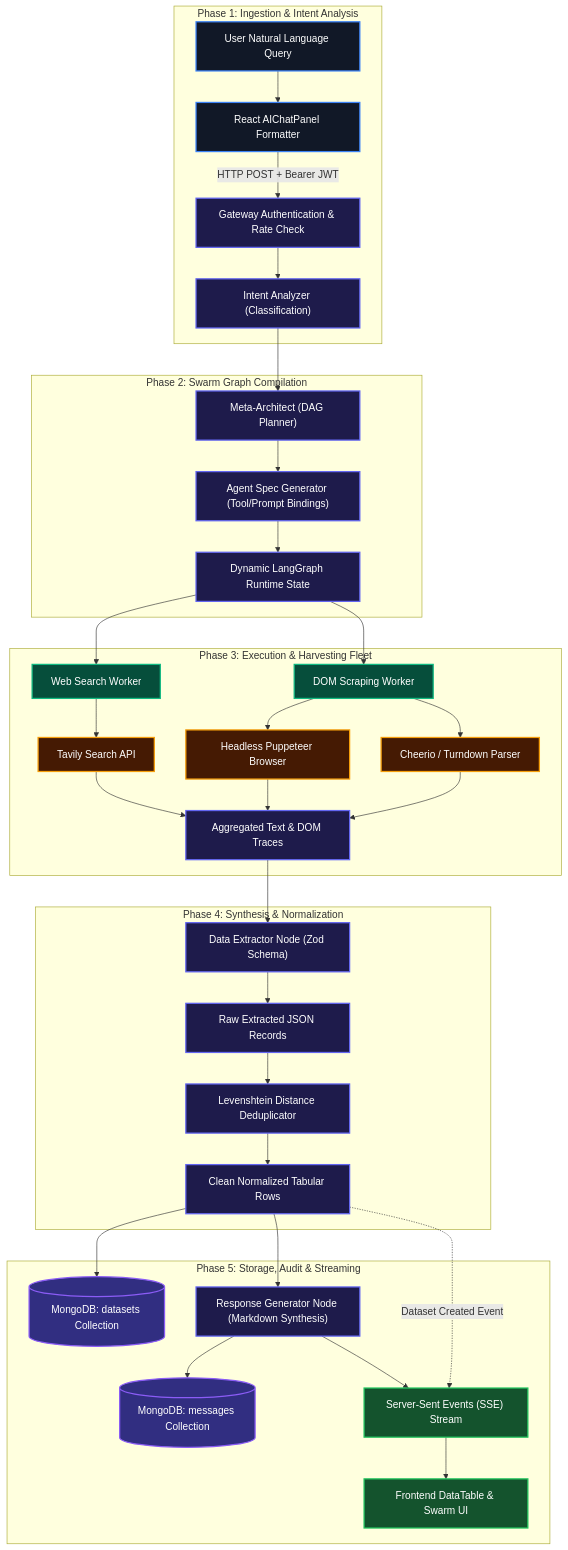
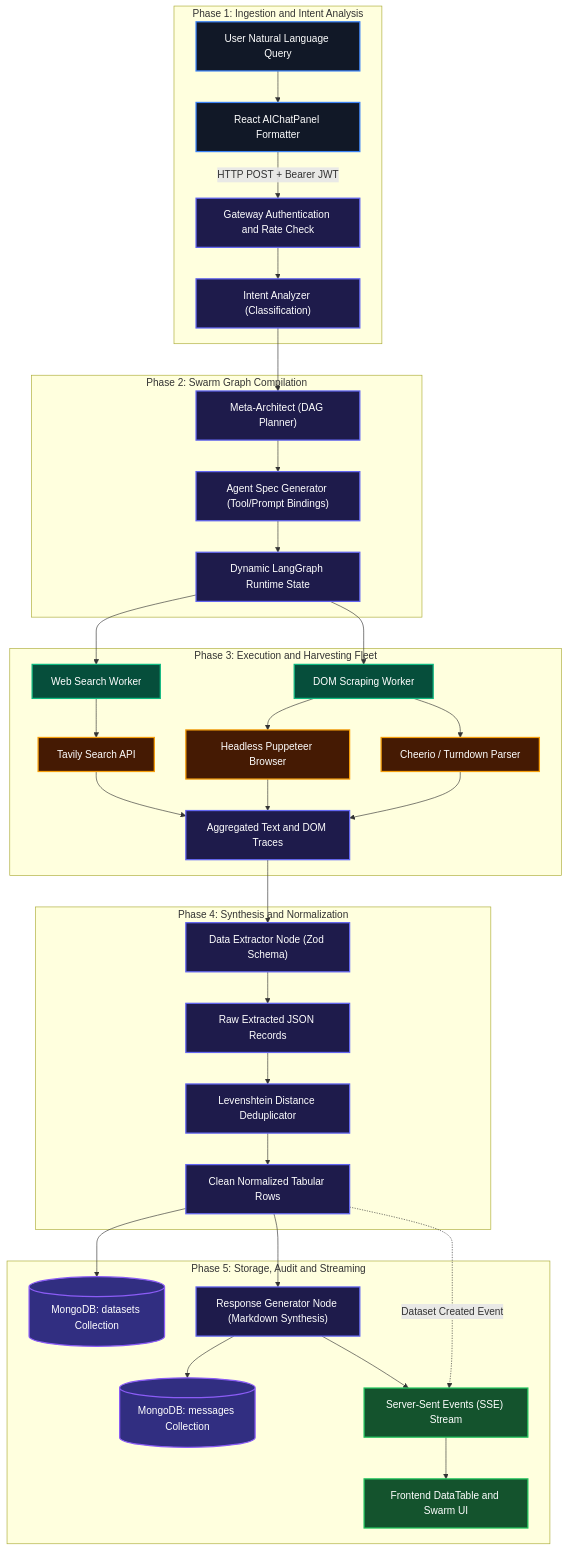
Before and after one commit to code-with-abhi-i5/Agentic_system_frontend: the third of 6 diagrams in SYSTEM_ARCHITECTURE.md, drawn with Mermaid. The commit also changed other lines of this file and 2 other files, not shown here.

Commit message:
fix(docs): resolve Mermaid syntax parse errors for GitHub markdown rendering

````diff
--- a/SYSTEM_ARCHITECTURE.md
+++ b/SYSTEM_ARCHITECTURE.md
@@ -365,77 +365,77 @@
 ```mermaid
 flowchart TD
     %% Styling
     classDef input fill:#111827,stroke:#3b82f6,stroke-width:2px,color:#fff;
     classDef process fill:#1e1b4b,stroke:#6366f1,stroke-width:2px,color:#fff;
     classDef agent fill:#064e3b,stroke:#10b981,stroke-width:2px,color:#fff;
     classDef tool fill:#451a03,stroke:#f59e0b,stroke-width:2px,color:#fff;
     classDef store fill:#312e81,stroke:#8b5cf6,stroke-width:2px,color:#fff;
     classDef output fill:#14532d,stroke:#22c55e,stroke-width:2px,color:#fff;
 
-    subgraph Phase_1 ["Phase 1: Ingestion & Intent Analysis"]
+    subgraph Phase_1 ["Phase 1: Ingestion and Intent Analysis"]
         U_Prompt["User Natural Language Query"]:::input
         FE_Req["React AIChatPanel Formatter"]:::input
-        GW_Auth["Gateway Authentication & Rate Check"]:::process
+        GW_Auth["Gateway Authentication and Rate Check"]:::process
         Node_Intent["Intent Analyzer (Classification)"]:::process
     end
 
     subgraph Phase_2 ["Phase 2: Swarm Graph Compilation"]
         Node_Arch["Meta-Architect (DAG Planner)"]:::process
         Node_Spec["Agent Spec Generator (Tool/Prompt Bindings)"]:::process
         Dynamic_DAG["Dynamic LangGraph Runtime State"]:::process
     end
 
-    subgraph Phase_3 ["Phase 3: Execution & Harvesting Fleet"]
+    subgraph Phase_3 ["Phase 3: Execution and Harvesting Fleet"]
         Agent_Searcher["Web Search Worker"]:::agent
         Agent_Scraper["DOM Scraping Worker"]:::agent
         Tool_Tavily["Tavily Search API"]:::tool
         Tool_Puppeteer["Headless Puppeteer Browser"]:::tool
         Tool_Cheerio["Cheerio / Turndown Parser"]:::tool
-        Raw_Traces["Aggregated Text & DOM Traces"]:::process
+        Raw_Traces["Aggregated Text and DOM Traces"]:::process
     end
 
-    subgraph Phase_4 ["Phase 4: Synthesis & Normalization"]
+    subgraph Phase_4 ["Phase 4: Synthesis and Normalization"]
         Node_Extract["Data Extractor Node (Zod Schema)"]:::process
         Raw_Rows["Raw Extracted JSON Records"]:::process
         Node_Dedupe["Levenshtein Distance Deduplicator"]:::process
         Clean_Rows["Clean Normalized Tabular Rows"]:::process
     end
 
-    subgraph Phase_5 ["Phase 5: Storage, Audit & Streaming"]
+    subgraph Phase_5 ["Phase 5: Storage, Audit and Streaming"]
         DB_Dataset[("MongoDB: datasets Collection")]:::store
         DB_Messages[("MongoDB: messages Collection")]:::store
         Node_Report["Response Generator Node (Markdown Synthesis)"]:::process
         SSE_Stream["Server-Sent Events (SSE) Stream"]:::output
-        FE_Table["Frontend DataTable & Swarm UI"]:::output
+        FE_Table["Frontend DataTable and Swarm UI"]:::output
     end
 
     %% Flow Connections
     U_Prompt --> FE_Req
-    FE_Req -->|HTTP POST + Bearer JWT| GW_Auth
+    FE_Req -->|"HTTP POST + Bearer JWT"| GW_Auth
     GW_Auth --> Node_Intent
     Node_Intent --> Node_Arch
     Node_Arch --> Node_Spec
     Node_Spec --> Dynamic_DAG
 
     Dynamic_DAG --> Agent_Searcher
     Dynamic_DAG --> Agent_Scraper
     Agent_Searcher --> Tool_Tavily
     Agent_Scraper --> Tool_Puppeteer
     Agent_Scraper --> Tool_Cheerio
 
     Tool_Tavily --> Raw_Traces
     Tool_Puppeteer --> Raw_Traces
     Tool_Cheerio --> Raw_Traces
 
     Raw_Traces --> Node_Extract
     Node_Extract --> Raw_Rows
     Raw_Rows --> Node_Dedupe
     Node_Dedupe --> Clean_Rows
 
     Clean_Rows --> DB_Dataset
     Clean_Rows --> Node_Report
     Node_Report --> DB_Messages
     Node_Report --> SSE_Stream
-    Clean_Rows -.->|Dataset Created Event| SSE_Stream
+    Clean_Rows -.->|"Dataset Created Event"| SSE_Stream
     SSE_Stream --> FE_Table
 ```
````
